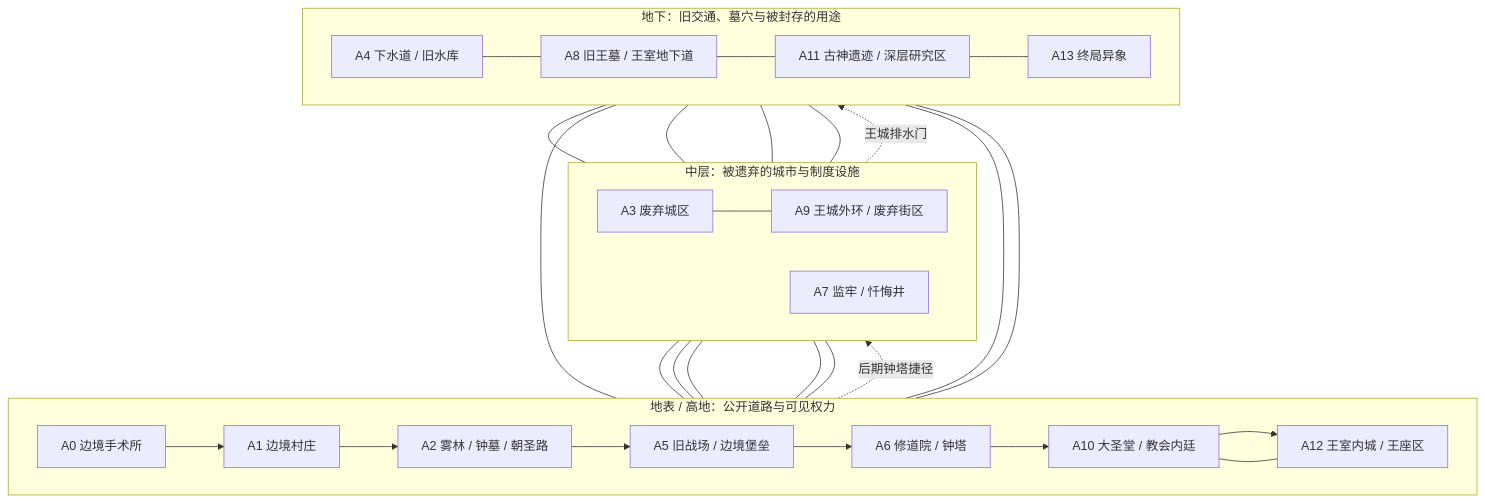
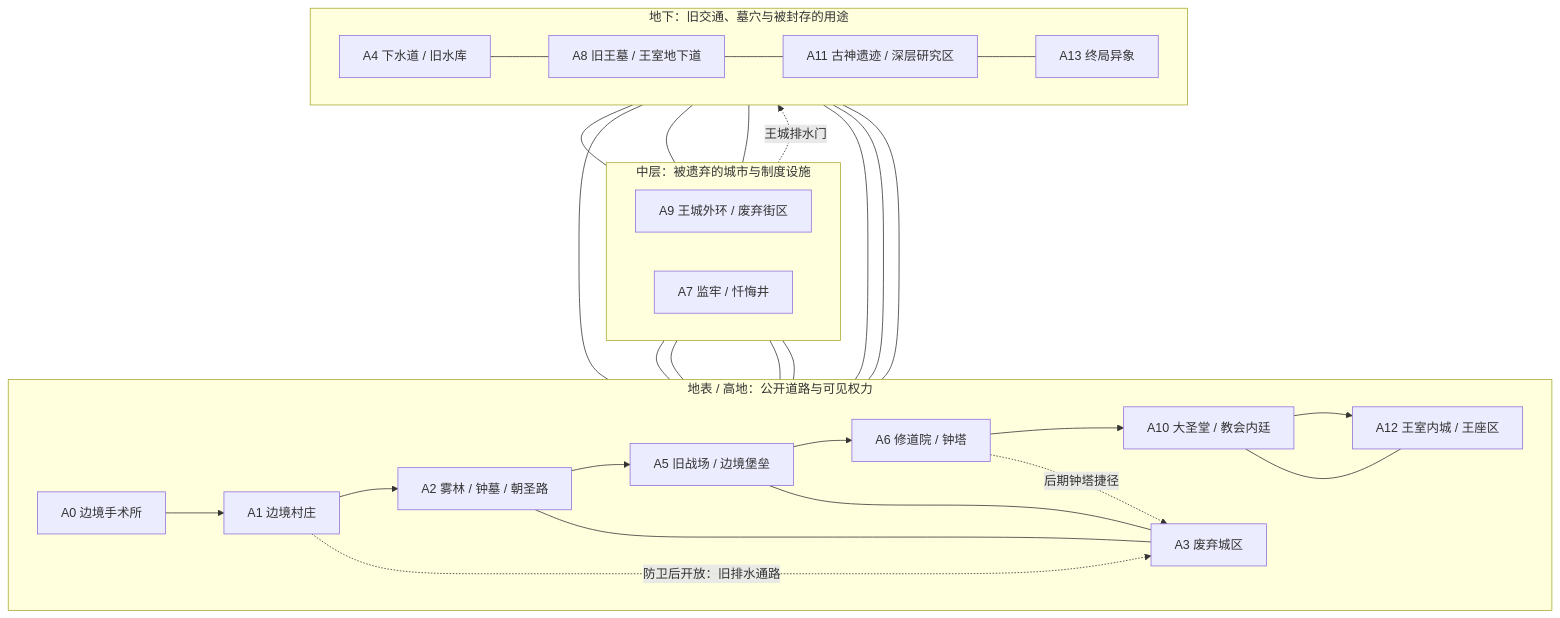
One commit to aspros-luo/Nereis-Hero changed the diagram in docs/COMPLETE_WORLD_MAP_ATLAS_CN.md. Above: the diagram before and after it, drawn with Mermaid.

Commit message:
Show the post-defense A1-to-A3 route in the atlas diagram

````diff
--- a/docs/COMPLETE_WORLD_MAP_ATLAS_CN.md
+++ b/docs/COMPLETE_WORLD_MAP_ATLAS_CN.md
@@ -41,44 +41,45 @@
 ```mermaid
 flowchart TB
   subgraph SURFACE["地表 / 高地：公开道路与可见权力"]
     direction LR
     A0["A0 边境手术所"] --> A1["A1 边境村庄"]
     A1 --> A2["A2 雾林 / 钟墓 / 朝圣路"]
+    A1 -. "防卫后开放：旧排水通路" .-> A3["A3 废弃城区"]
     A2 --> A5["A5 旧战场 / 边境堡垒"]
     A5 --> A6["A6 修道院 / 钟塔"]
     A6 --> A10["A10 大圣堂 / 教会内廷"]
     A10 --> A12["A12 王室内城 / 王座区"]
   end
   subgraph MID["中层：被遗弃的城市与制度设施"]
     direction LR
     A3["A3 废弃城区"]
     A9["A9 王城外环 / 废弃街区"]
     A7["A7 监牢 / 忏悔井"]
   end
   subgraph UNDER["地下：旧交通、墓穴与被封存的用途"]
     direction LR
     A4["A4 下水道 / 旧水库"]
     A8["A8 旧王墓 / 王室地下道"]
     A11["A11 古神遗迹 / 深层研究区"]
     A13["A13 终局异象"]
   end
   A2 --- A3
   A3 --- A4
   A3 --- A5
   A4 --- A1
   A4 --- A8
   A3 --- A9
   A6 --- A7
   A7 --- A4
   A7 --- A8
   A8 --- A9
   A8 --- A11
   A9 --- A10
   A9 --- A12
   A10 --- A11
   A10 --- A12
   A11 --- A13
   A12 --- A13
   A6 -. "后期钟塔捷径" .-> A3
   A9 -. "王城排水门" .-> A4
 ```
````
